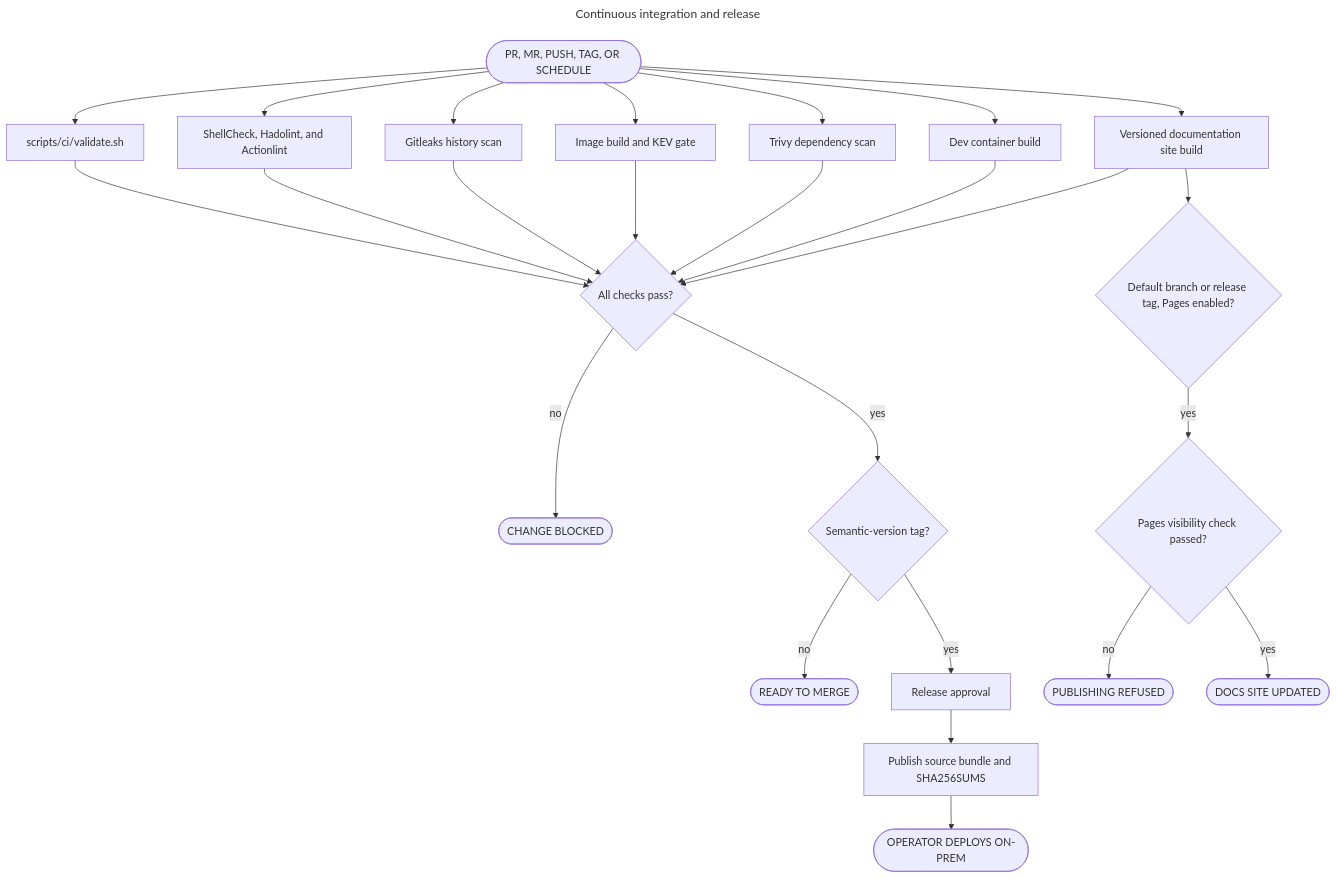
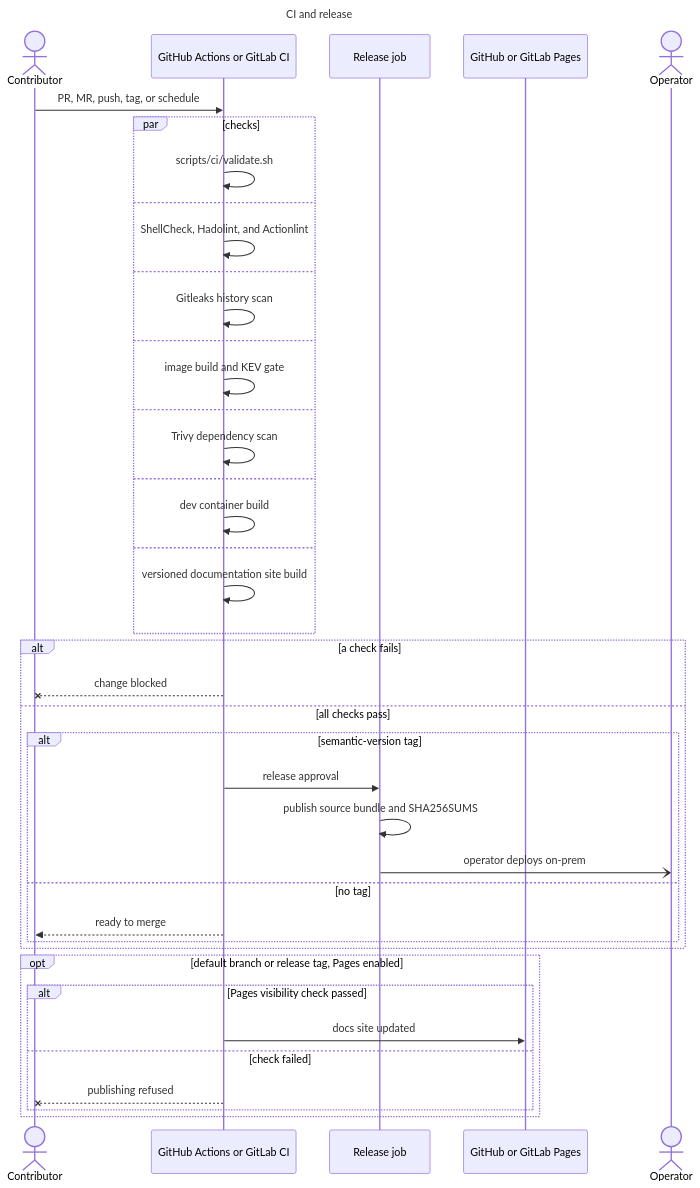
One commit to bella-1337/effective-spoon changed the diagram in diagrams/20-ci-release-flow.mmd. Above: the diagram before and after it, drawn with Mermaid. The commit also changed 27 other files, not shown here.

First line of the commit message:
Draw the flow diagrams as animated sequence diagrams

```diff
--- a/diagrams/20-ci-release-flow.mmd
+++ b/diagrams/20-ci-release-flow.mmd
@@ -1,52 +1,50 @@
 ---
-title: Continuous integration and release
+title: CI and release
 ---
-flowchart TD
+sequenceDiagram
   %% Source for 20-ci-release-flow.html. Edit this file, then run ./scripts/render-diagrams.py.
   %% Directives: docs in diagrams/README.md (Updating diagrams).
   %% @subtitle Identical GitHub Actions and GitLab CI pipelines, the documentation site, and where a human still deploys
+  %% @type cloud: CI
+  %% @type security: REL
+  %% @type external: PAGES
+  actor DEV as Contributor
+  participant CI as GitHub Actions or GitLab CI
+  participant REL as Release job
+  participant PAGES as GitHub or GitLab Pages
+  actor OP as Operator
 
-  S(["PR, MR, PUSH, TAG, OR SCHEDULE"])
-  VAL["scripts/ci/validate.sh"]
-  LINT["ShellCheck, Hadolint, and Actionlint"]
-  SEC["Gitleaks history scan"]
-  IMG["Image build and KEV gate"]
-  DEP["Trivy dependency scan"]
-  DC["Dev container build"]
-  DOCS["Versioned documentation site build"]
-  PASS{"All checks pass?"}
-  RED(["CHANGE BLOCKED"])
-  TAG{"Semantic-version tag?"}
-  MERGE(["READY TO MERGE"])
-  APR["Release approval"]
-  PUB["Publish source bundle and SHA256SUMS"]
-  E(["OPERATOR DEPLOYS ON-PREM"])
-  PG{"Default branch or release tag, Pages enabled?"}
-  PRIV{"Pages visibility check passed?"}
-  REFUSE(["PUBLISHING REFUSED"])
-  SITE(["DOCS SITE UPDATED"])
-
-  S --> VAL
-  S --> LINT
-  S --> SEC
-  S --> IMG
-  S --> DEP
-  S --> DC
-  S --> DOCS
-  VAL --> PASS
-  LINT --> PASS
-  SEC --> PASS
-  IMG --> PASS
-  DEP --> PASS
-  DC --> PASS
-  DOCS --> PASS
-  DOCS --> PG
-  PG -->|"yes"| PRIV
-  PRIV -->|"yes"| SITE
-  PRIV -->|"no"| REFUSE
-  PASS -->|"no"| RED
-  PASS -->|"yes"| TAG
-  TAG -->|"no"| MERGE
-  TAG -->|"yes"| APR
-  APR --> PUB
-  PUB --> E
+  DEV->>CI: PR, MR, push, tag, or schedule
+  par checks
+    CI->>CI: scripts/ci/validate.sh
+  and
+    CI->>CI: ShellCheck, Hadolint, and Actionlint
+  and
+    CI->>CI: Gitleaks history scan
+  and
+    CI->>CI: image build and KEV gate
+  and
+    CI->>CI: Trivy dependency scan
+  and
+    CI->>CI: dev container build
+  and
+    CI->>CI: versioned documentation site build
+  end
+  alt a check fails
+    CI--xDEV: change blocked
+  else all checks pass
+    alt semantic-version tag
+      CI->>REL: release approval
+      REL->>REL: publish source bundle and SHA256SUMS
+      REL-)OP: operator deploys on-prem
+    else no tag
+      CI-->>DEV: ready to merge
+    end
+  end
+  opt default branch or release tag, Pages enabled
+    alt Pages visibility check passed
+      CI->>PAGES: docs site updated
+    else check failed
+      CI--xDEV: publishing refused
+    end
+  end
```
